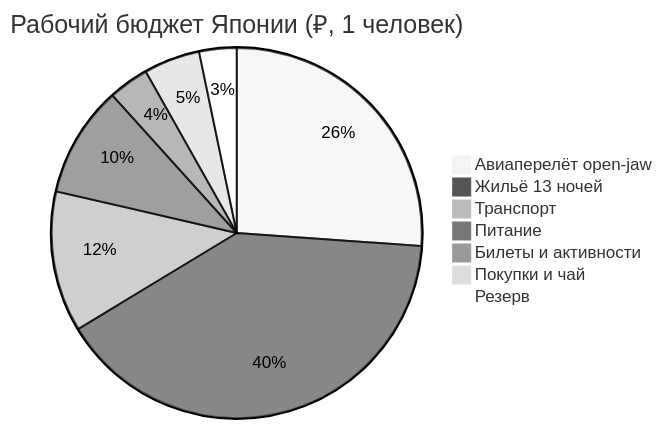
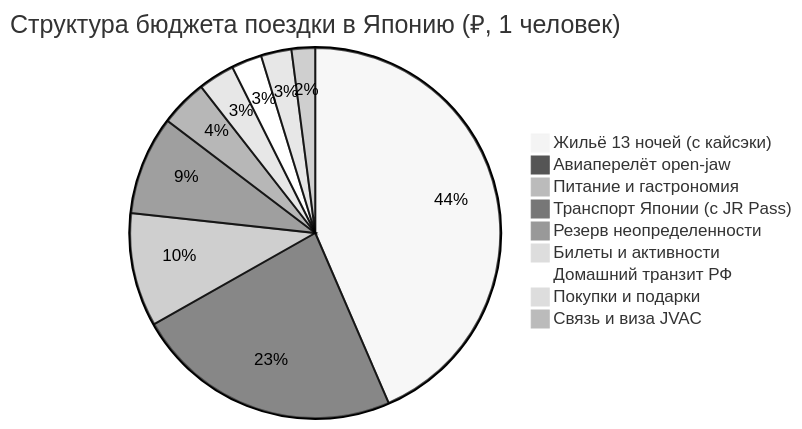
The diagram in Personal Note/Travel/-- Japan/04 - Финансы/Финансы.md (injurka/obsidian-mark), drawn with Mermaid (neutral theme) before and after one commit. The commit also changed other lines of this file and 31 other files, not shown here.

````diff
--- a/Personal Note/Travel/-- Japan/04 - Финансы/Финансы.md
+++ b/Personal Note/Travel/-- Japan/04 - Финансы/Финансы.md
@@ -27,10 +29,12 @@
 ```mermaid
-pie title Рабочий бюджет Японии (₽, 1 человек)
-    "Авиаперелёт open-jaw" : 80000
-    "Жильё 13 ночей" : 123120
-    "Транспорт" : 37611
-    "Питание" : 29700
-    "Билеты и активности" : 10800
-    "Покупки и чай" : 15000
-    "Резерв" : 10000
+pie title Структура бюджета поездки в Японию (₽, 1 человек)
+    "Жильё 13 ночей (с кайсэки)" : 158760
+    "Авиаперелёт open-jaw" : 85000
+    "Питание и гастрономия" : 36180
+    "Транспорт Японии (с JR Pass)" : 31433
+    "Резерв неопределенности" : 15000
+    "Билеты и активности" : 11583
+    "Домашний транзит РФ" : 9700
+    "Покупки и подарки" : 9720
+    "Связь и виза JVAC" : 7500
 ```
````
